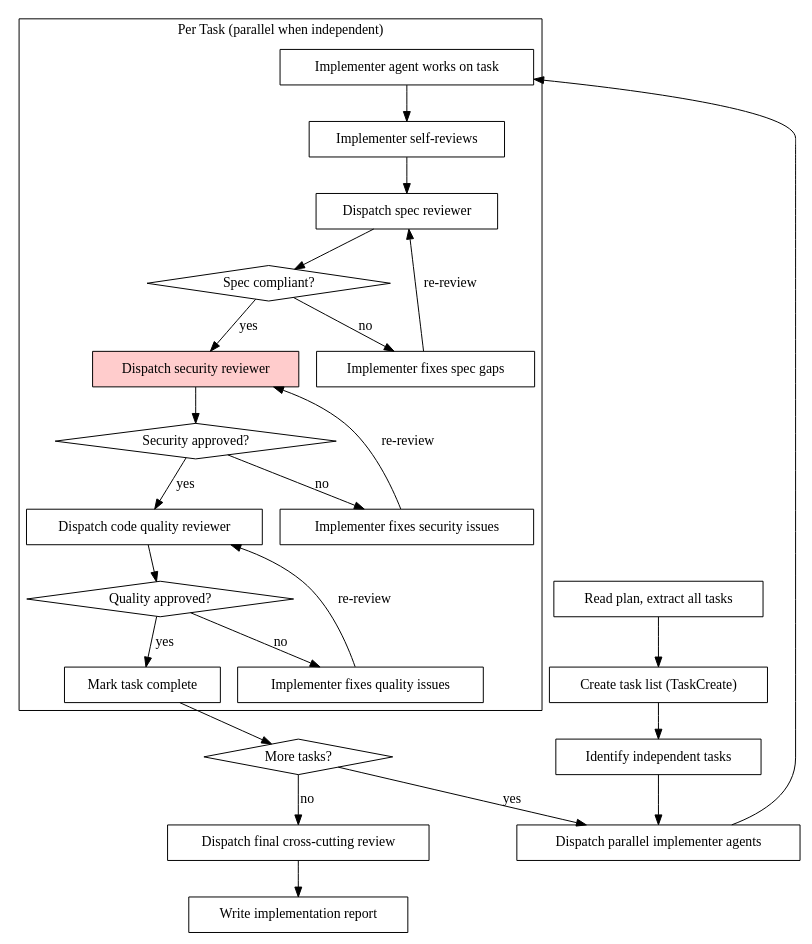
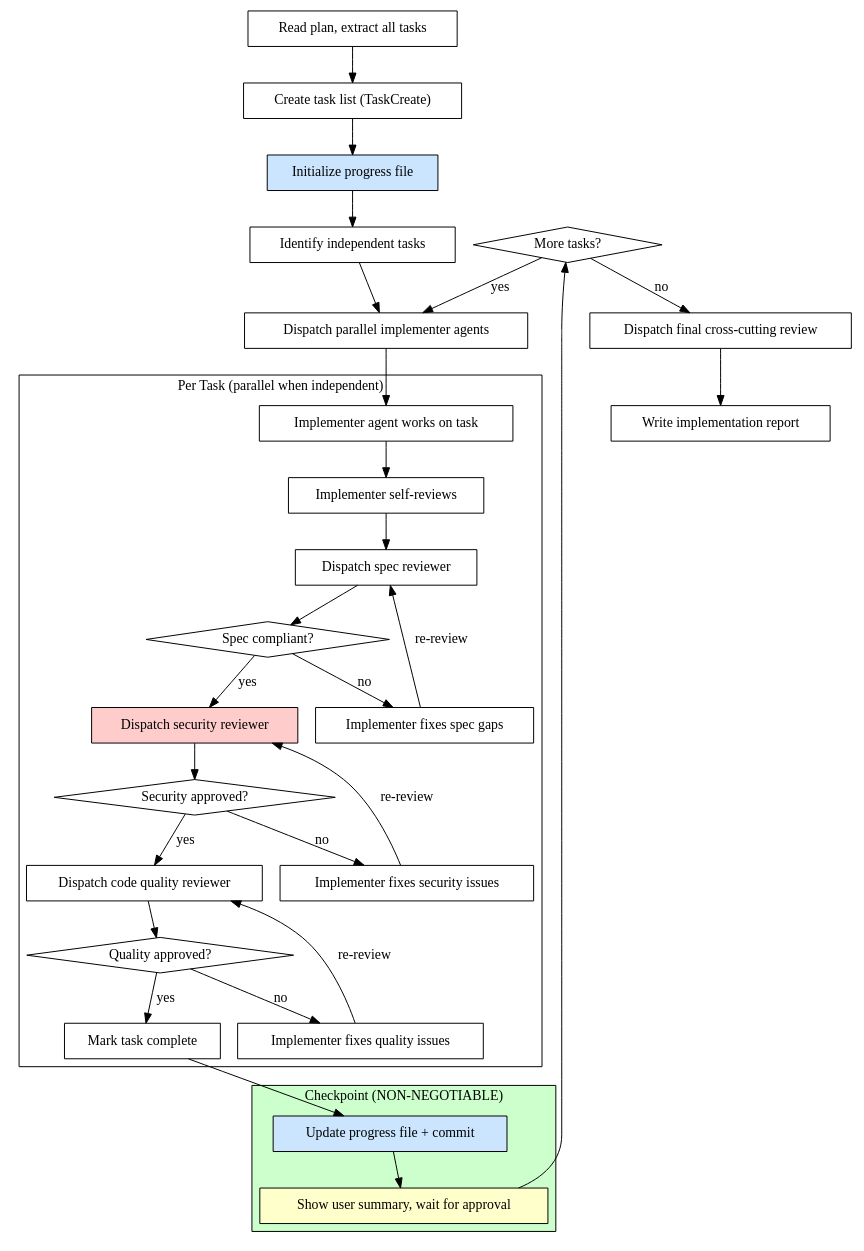
One commit to khanhnq1406/wealth-journey changed the second of 3 diagrams in .claude/skills/secure-feature-pipeline/SKILL.md. Above: the diagram before and after it, drawn with Graphviz. The commit also changed other lines of this file and 8 other files, not shown here.

First line of the commit message:
docs(i18n): add flow diagram, architecture updates, and implementation report

````diff
--- a/.claude/skills/secure-feature-pipeline/SKILL.md
+++ b/.claude/skills/secure-feature-pipeline/SKILL.md
@@ -426,53 +478,65 @@
 ```dot
 digraph implement {
     rankdir=TB;
 
     "Read plan, extract all tasks" [shape=box];
     "Create task list (TaskCreate)" [shape=box];
+    "Initialize progress file" [shape=box style=filled fillcolor="#cce5ff"];
     "Identify independent tasks" [shape=box];
     "Dispatch parallel implementer agents" [shape=box];
 
     subgraph cluster_per_task {
         label="Per Task (parallel when independent)";
         "Implementer agent works on task" [shape=box];
         "Implementer self-reviews" [shape=box];
         "Dispatch spec reviewer" [shape=box];
         "Spec compliant?" [shape=diamond];
         "Implementer fixes spec gaps" [shape=box];
         "Dispatch security reviewer" [shape=box style=filled fillcolor="#ffcccc"];
         "Security approved?" [shape=diamond];
         "Implementer fixes security issues" [shape=box];
         "Dispatch code quality reviewer" [shape=box];
         "Quality approved?" [shape=diamond];
         "Implementer fixes quality issues" [shape=box];
         "Mark task complete" [shape=box];
     }
 
+    subgraph cluster_checkpoint {
+        label="Checkpoint (NON-NEGOTIABLE)";
+        style=filled;
+        fillcolor="#ccffcc";
+        "Update progress file + commit" [shape=box style=filled fillcolor="#cce5ff"];
+        "Show user summary, wait for approval" [shape=box style=filled fillcolor="#ffffcc"];
+    }
+
     "More tasks?" [shape=diamond];
     "Dispatch final cross-cutting review" [shape=box];
     "Write implementation report" [shape=box];
 
     "Read plan, extract all tasks" -> "Create task list (TaskCreate)";
-    "Create task list (TaskCreate)" -> "Identify independent tasks";
+    "Create task list (TaskCreate)" -> "Initialize progress file";
+    "Initialize progress file" -> "Identify independent tasks";
     "Identify independent tasks" -> "Dispatch parallel implementer agents";
     "Dispatch parallel implementer agents" -> "Implementer agent works on task";
     "Implementer agent works on task" -> "Implementer self-reviews";
     "Implementer self-reviews" -> "Dispatch spec reviewer";
     "Dispatch spec reviewer" -> "Spec compliant?";
     "Spec compliant?" -> "Implementer fixes spec gaps" [label="no"];
     "Implementer fixes spec gaps" -> "Dispatch spec reviewer" [label="re-review"];
     "Spec compliant?" -> "Dispatch security reviewer" [label="yes"];
     "Dispatch security reviewer" -> "Security approved?";
     "Security approved?" -> "Implementer fixes security issues" [label="no"];
     "Implementer fixes security issues" -> "Dispatch security reviewer" [label="re-review"];
     "Security approved?" -> "Dispatch code quality reviewer" [label="yes"];
     "Dispatch code quality reviewer" -> "Quality approved?";
     "Quality approved?" -> "Implementer fixes quality issues" [label="no"];
     "Implementer fixes quality issues" -> "Dispatch code quality reviewer" [label="re-review"];
     "Quality approved?" -> "Mark task complete" [label="yes"];
-    "Mark task complete" -> "More tasks?";
+    "Mark task complete" -> "Update progress file + commit";
+    "Update progress file + commit" -> "Show user summary, wait for approval";
+    "Show user summary, wait for approval" -> "More tasks?";
     "More tasks?" -> "Dispatch parallel implementer agents" [label="yes"];
     "More tasks?" -> "Dispatch final cross-cutting review" [label="no"];
     "Dispatch final cross-cutting review" -> "Write implementation report";
 }
 ```
````
